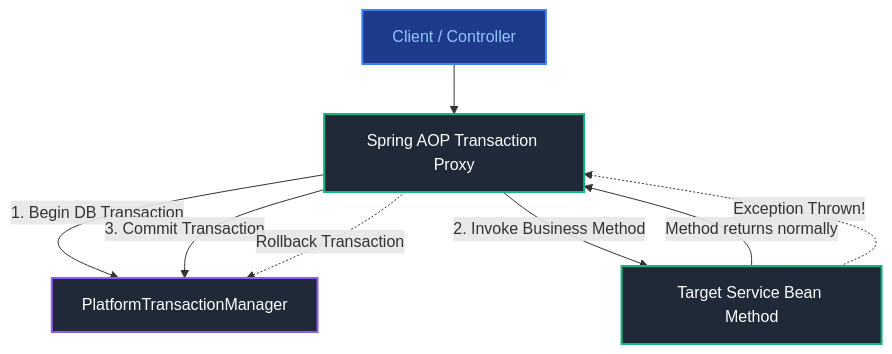
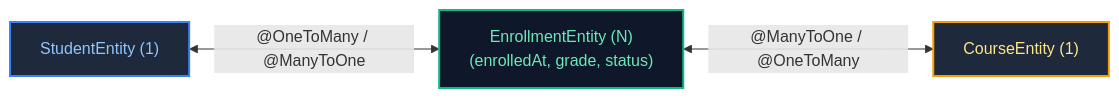
The eighth of 12 diagrams in Java Backend Engineering/10_spring_data_jdbc_jpa_hibernate_transactions.md (joydeep-biswas/Interview-Preparation), drawn with Mermaid before and after one commit. The commit also changed other lines of this file and 143 other files, not shown here.

````diff
--- a/Java Backend Engineering/10_spring_data_jdbc_jpa_hibernate_transactions.md
+++ b/Java Backend Engineering/10_spring_data_jdbc_jpa_hibernate_transactions.md
@@ -501,15 +652,10 @@
 ```mermaid
-flowchart TD
-    Caller["Client / Controller"] --> Proxy["Spring AOP Transaction Proxy"]
-    Proxy -->|1. Begin DB Transaction| TM["PlatformTransactionManager"]
-    Proxy -->|2. Invoke Business Method| Target["Target Service Bean Method"]
-    Target -->|Method returns normally| Proxy
-    Proxy -->|3. Commit Transaction| TM
-    Target -.->|Exception Thrown!| Proxy
-    Proxy -.->|Rollback Transaction| TM
+flowchart LR
+    Student["StudentEntity (1)"]
+    <-->|"@OneToMany / @ManyToOne"| Enrollment["EnrollmentEntity (N)<br/>(enrolledAt, grade, status)"]
+    Enrollment <-->|"@ManyToOne / @OneToMany"| Course["CourseEntity (1)"]
 
-    style Caller fill:#1e3a8a,stroke:#3b82f6,stroke-width:2px,color:#93c5fd
-    style Proxy fill:#1f2937,stroke:#10b981,stroke-width:2px,color:#fff
-    style TM fill:#1f2937,stroke:#8b5cf6,stroke-width:2px,color:#fff
-    style Target fill:#1f2937,stroke:#10b981,stroke-width:2px,color:#fff
+    style Student fill:#1e293b,stroke:#3b82f6,stroke-width:2px,color:#93c5fd
+    style Enrollment fill:#0f172a,stroke:#10b981,stroke-width:2px,color:#6ee7b7
+    style Course fill:#1e293b,stroke:#f59e0b,stroke-width:2px,color:#fde68a
 ```
````
